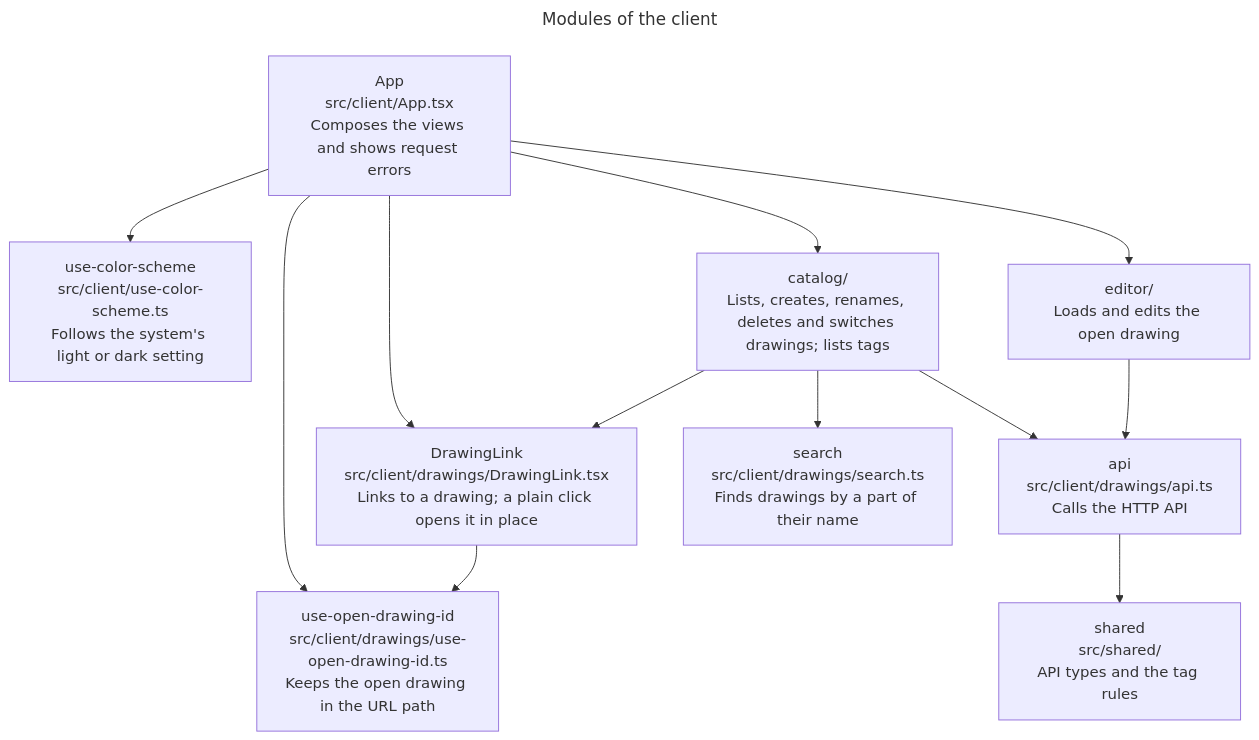
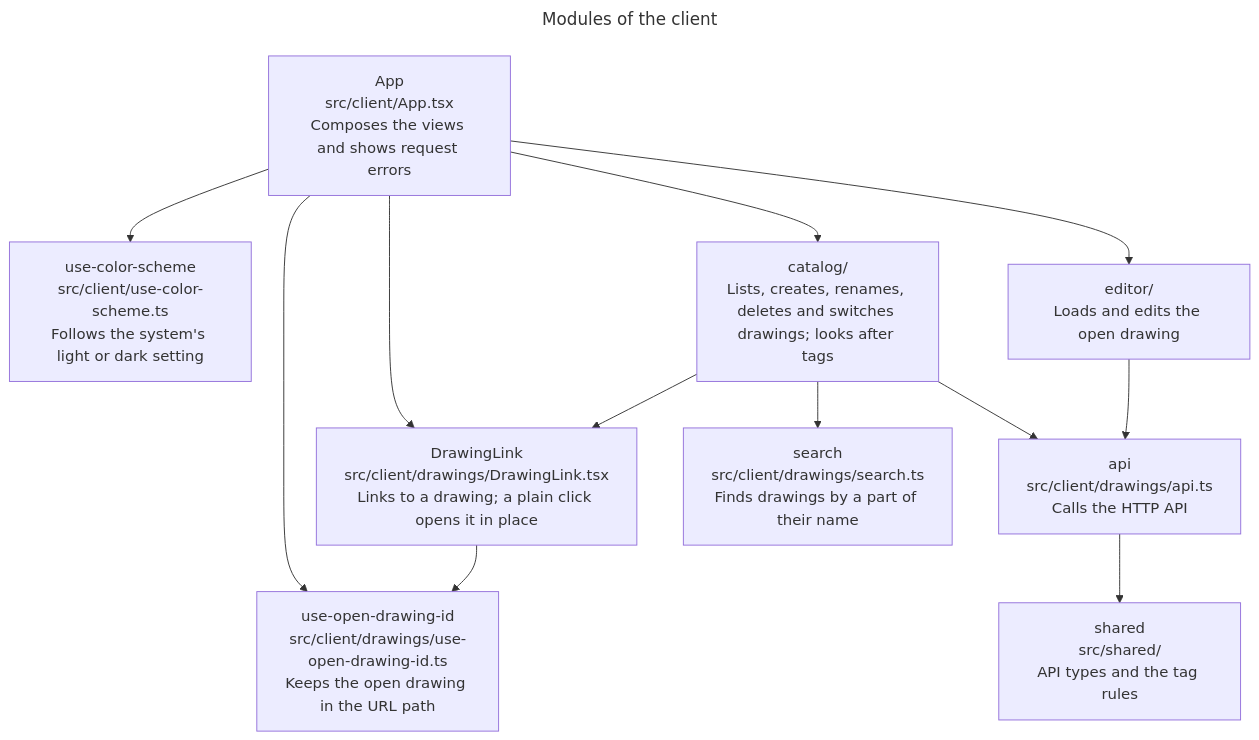
The fifth of 11 diagrams in docs/architecture/architecture.md (remshams/excalidraw-dashboard), drawn with Mermaid before and after one commit. The commit also changed other lines of this file and 1 other file, not shown here.

Commit message:
docs(Architecture): describe the tag form and rejected changes

````diff
--- a/docs/architecture/architecture.md
+++ b/docs/architecture/architecture.md
@@ -148,20 +148,20 @@
 ```mermaid
 ---
 title: Modules of the client
 ---
 flowchart TD
     app["App<br>src/client/App.tsx<br>Composes the views and shows request errors"]:::module
     scheme["use-color-scheme<br>src/client/use-color-scheme.ts<br>Follows the system's light or dark setting"]:::module
-    catalog["catalog/<br>Lists, creates, renames, deletes and switches drawings; lists tags"]:::group
+    catalog["catalog/<br>Lists, creates, renames, deletes and switches drawings; looks after tags"]:::group
     editor["editor/<br>Loads and edits the open drawing"]:::group
     openId["use-open-drawing-id<br>src/client/drawings/use-open-drawing-id.ts<br>Keeps the open drawing in the URL path"]:::module
     link["DrawingLink<br>src/client/drawings/DrawingLink.tsx<br>Links to a drawing; a plain click opens it in place"]:::module
     api["api<br>src/client/drawings/api.ts<br>Calls the HTTP API"]:::module
     search["search<br>src/client/drawings/search.ts<br>Finds drawings by a part of their name"]:::module
     shared["shared<br>src/shared/<br>API types and the tag rules"]:::module
     app --> scheme & catalog & editor & openId & link
     catalog --> api & link & search
     link --> openId
     editor --> api
     api --> shared
 ```
````
